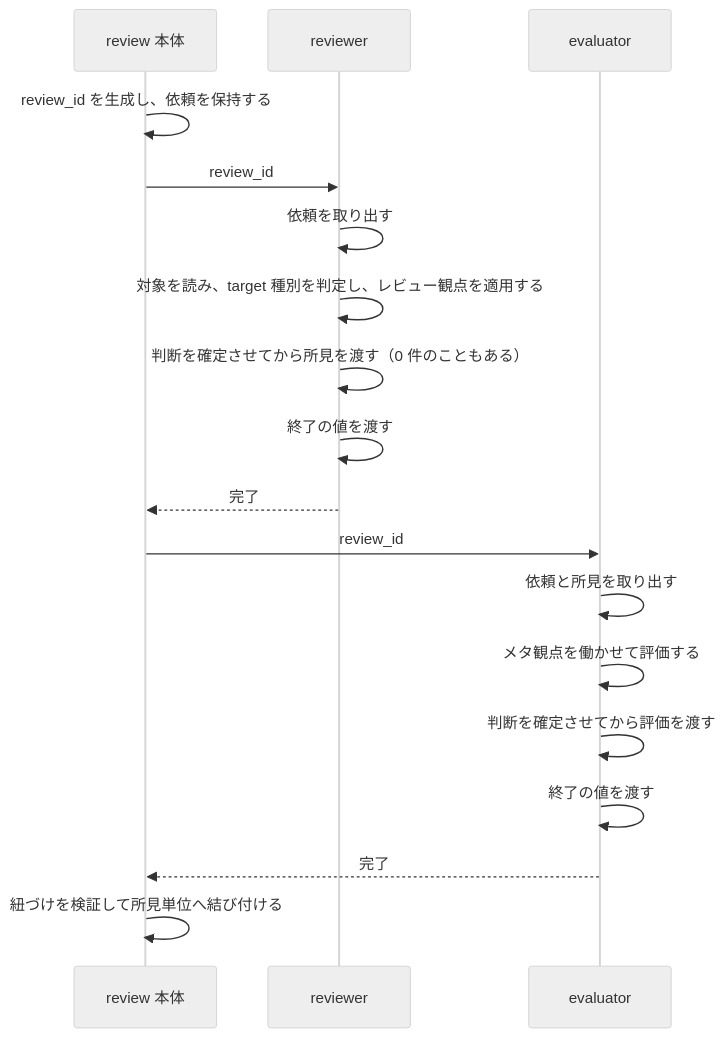
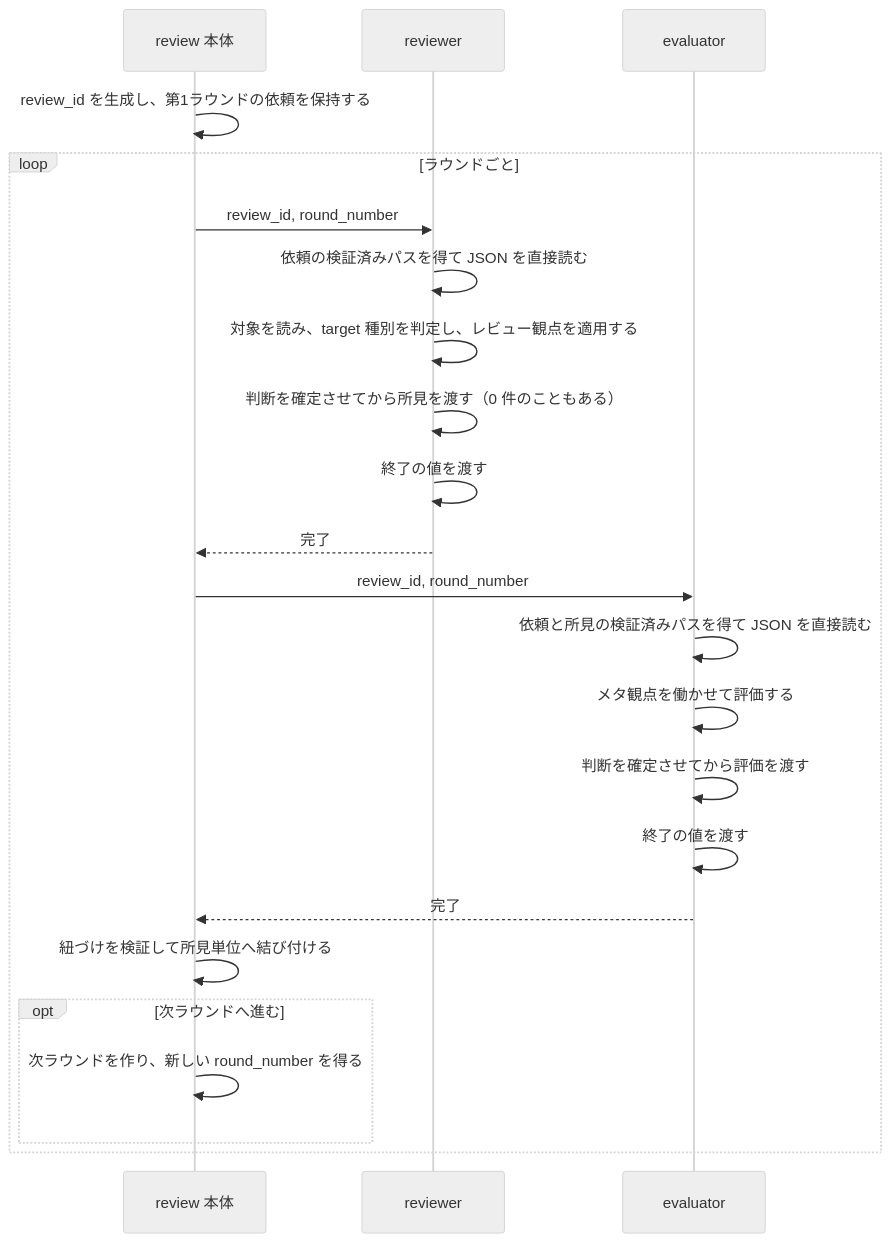
The first of 2 diagrams in docs/specs/reviewer/design/DES-084_reviewer_design.md (BlueEventHorizon/bw-cc-plugins), drawn with Mermaid (neutral theme) before and after one commit. The commit also changed other lines of this file and 3 other files, not shown here.

````diff
--- a/docs/specs/reviewer/design/DES-084_reviewer_design.md
+++ b/docs/specs/reviewer/design/DES-084_reviewer_design.md
@@ -28,21 +28,26 @@
 ```mermaid
 sequenceDiagram
     participant Body as review 本体
     participant R as reviewer
     participant E as evaluator
 
-    Body->>Body: review_id を生成し、依頼を保持する
-    Body->>R: review_id
-    R->>R: 依頼を取り出す
-    R->>R: 対象を読み、target 種別を判定し、レビュー観点を適用する
-    R->>R: 判断を確定させてから所見を渡す（0 件のこともある）
-    R->>R: 終了の値を渡す
-    R-->>Body: 完了
-    Body->>E: review_id
-    E->>E: 依頼と所見を取り出す
-    E->>E: メタ観点を働かせて評価する
-    E->>E: 判断を確定させてから評価を渡す
-    E->>E: 終了の値を渡す
-    E-->>Body: 完了
-    Body->>Body: 紐づけを検証して所見単位へ結び付ける
+    Body->>Body: review_id を生成し、第1ラウンドの依頼を保持する
+    loop ラウンドごと
+        Body->>R: review_id, round_number
+        R->>R: 依頼の検証済みパスを得て JSON を直接読む
+        R->>R: 対象を読み、target 種別を判定し、レビュー観点を適用する
+        R->>R: 判断を確定させてから所見を渡す（0 件のこともある）
+        R->>R: 終了の値を渡す
+        R-->>Body: 完了
+        Body->>E: review_id, round_number
+        E->>E: 依頼と所見の検証済みパスを得て JSON を直接読む
+        E->>E: メタ観点を働かせて評価する
+        E->>E: 判断を確定させてから評価を渡す
+        E->>E: 終了の値を渡す
+        E-->>Body: 完了
+        Body->>Body: 紐づけを検証して所見単位へ結び付ける
+        opt 次ラウンドへ進む
+            Body->>Body: 次ラウンドを作り、新しい round_number を得る
+        end
+    end
 ```
````
